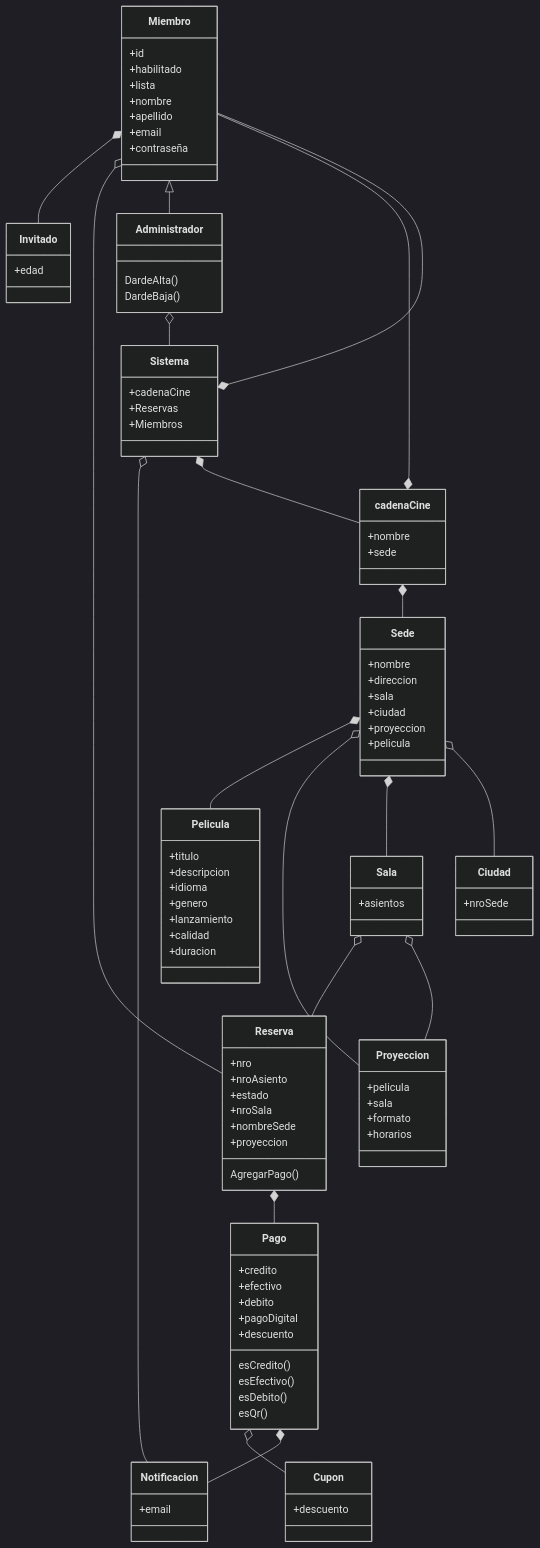
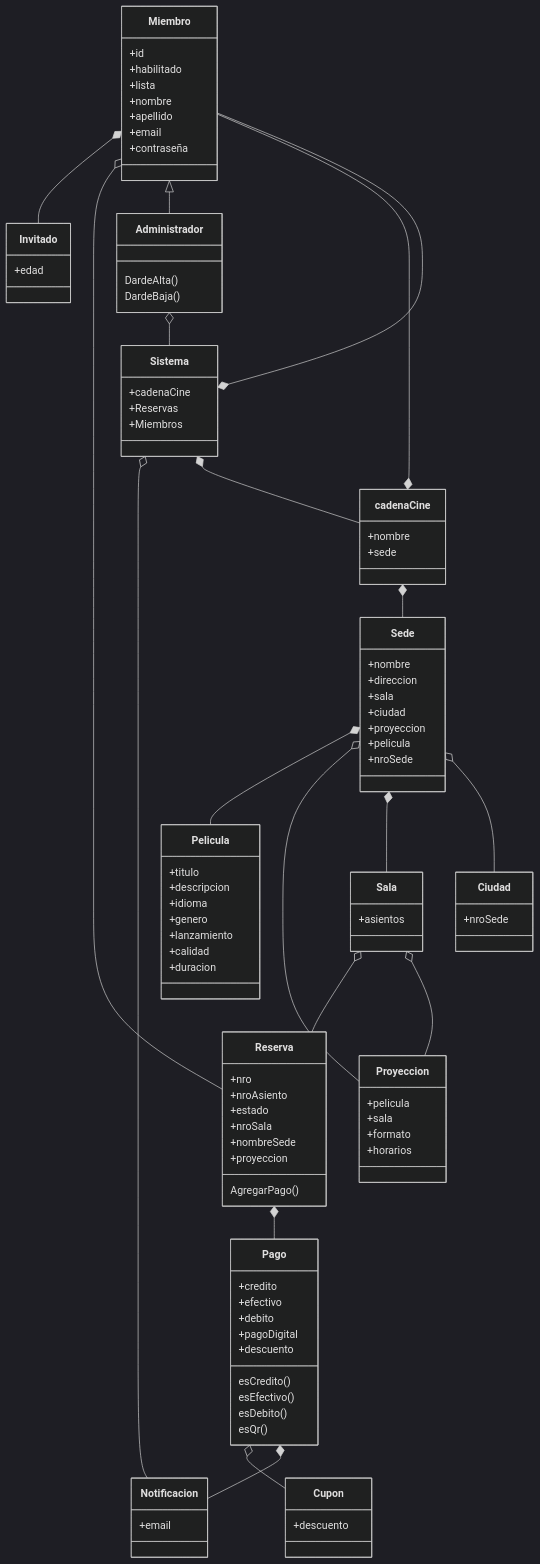
One commit to quirogapabon11/Cine changed the diagram in doc/diagrama.mmd. Above: the diagram before and after it, drawn with Mermaid (dark theme). The commit also changed 1 other file, not shown here.

Commit message:
nrosede Diagrama

```diff
--- a/doc/diagrama.mmd
+++ b/doc/diagrama.mmd
@@ -1,116 +1,117 @@
 classDiagram
 
 class Miembro
 Miembro: +id
 Miembro: +habilitado
 Miembro: +lista
 Miembro: +nombre
 Miembro: +apellido
 Miembro: +email
 Miembro: +contraseña
 Miembro *-- Invitado
 
 
 Miembro o-- Reserva
 Reserva *-- Pago
 
 class Invitado
 Invitado: +edad
 
 class cadenaCine
 cadenaCine: +nombre
 cadenaCine: +sede
 
 Sede *-- Pelicula
 cadenaCine *-- Miembro
 
 class Sede
 Sede: +nombre
 Sede: +direccion
 Sede: +sala
 Sede: +ciudad
 Sede: +proyeccion
 Sede: +pelicula
+Sede: +nroSede
 cadenaCine *-- Sede
 
 
 class Ciudad
 Ciudad: +nroSede
 
 class Pelicula 
 Pelicula: +titulo
 Pelicula: +descripcion
 Pelicula: +idioma
 Pelicula: +genero
 Pelicula: +lanzamiento
 Pelicula: +calidad
 Pelicula: +duracion
 
 
 
 Sede o-- Proyeccion
 
 Sede *-- Sala
 
 Sala o-- Reserva
 Sala o-- Proyeccion
 Sede o-- Ciudad
 
 class Proyeccion
 Proyeccion: +pelicula
 Proyeccion: +sala
 Proyeccion: +formato
 Proyeccion: +horarios
 
 class Sala
 Sala: +asientos
 
 
 
 
 class Reserva
 Reserva: +nro
 Reserva: +nroAsiento
 Reserva: +estado
 Reserva: +nroSala
 Reserva: +nombreSede
 Reserva: +proyeccion
 Reserva: AgregarPago()
 
 class Sistema
 Sistema: +cadenaCine
 Sistema: +Reservas
 Sistema: +Miembros
 
 
 Sistema o-- Notificacion
 Sistema *-- cadenaCine
 Sistema *-- Miembro
 
 class Pago
 Pago: +credito
 Pago: +efectivo
 Pago: +debito
 Pago: +pagoDigital
 Pago: +descuento
 Pago: esCredito() 
 Pago: esEfectivo()
 Pago: esDebito()
 Pago: esQr()
 
 
 class Cupon
 Cupon: +descuento
 Pago o-- Cupon
 
 
 Pago *-- Notificacion
 
 class Notificacion
 Notificacion: +email
 
 class Administrador
 Administrador: DardeAlta()
 Administrador: DardeBaja()
 Administrador o-- Sistema
 Miembro <|-- Administrador 
```
